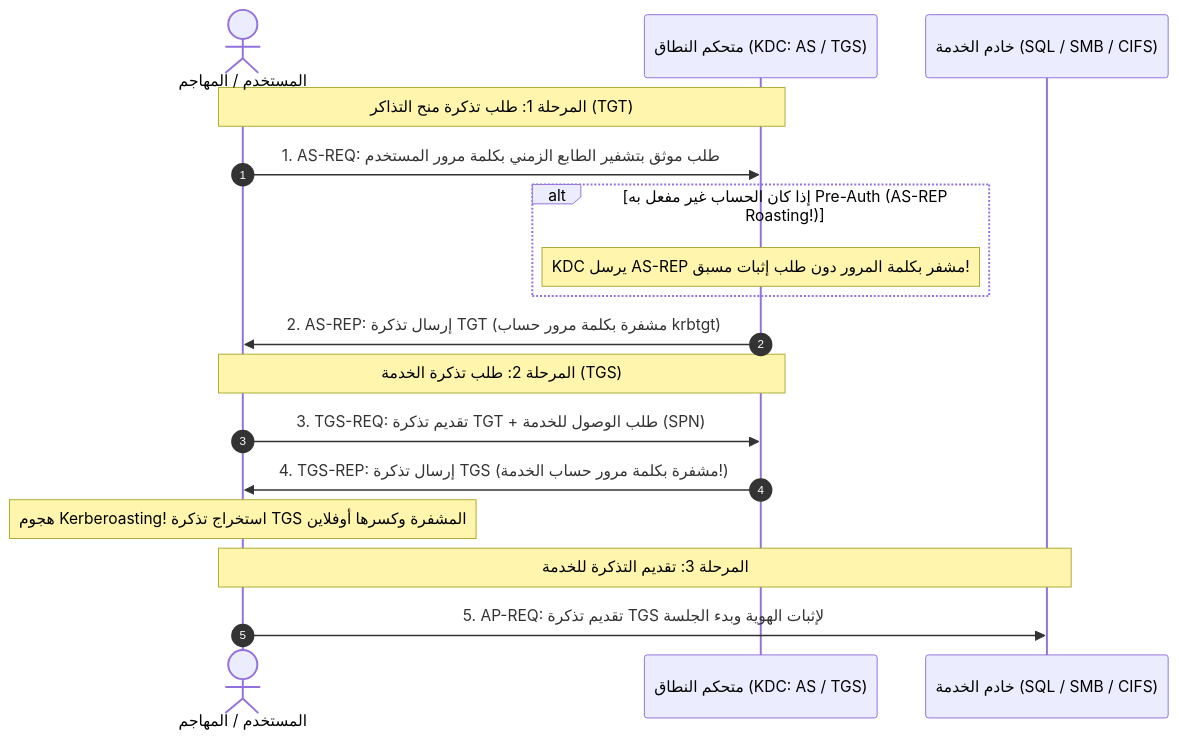
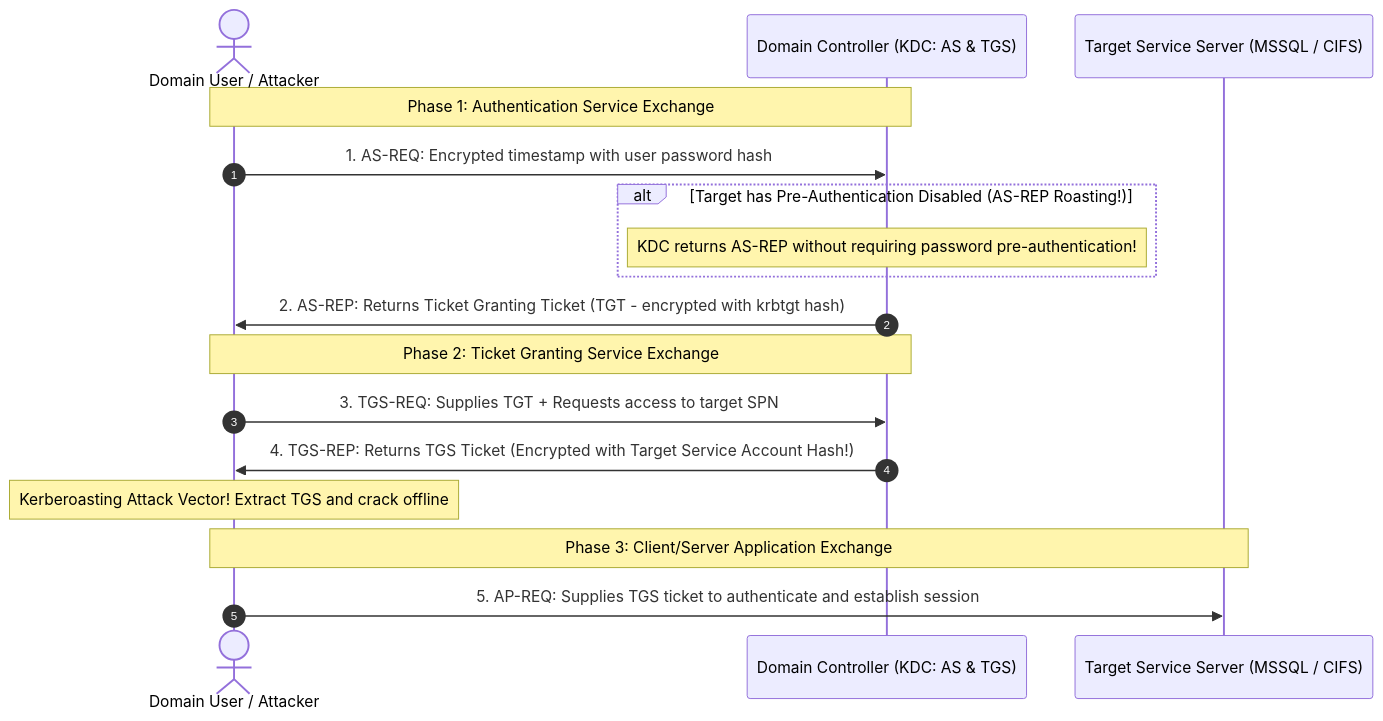
The second of 3 diagrams in _posts/2026-11-12-ecppt-v3-part-4-active-directory-penetration-testing.md (3bdo-fathi/3bdo-fathi.github.io), drawn with Mermaid before and after one commit. The commit also changed other lines of this file and 11 other files, not shown here.

````diff
--- a/_posts/2026-11-12-ecppt-v3-part-4-active-directory-penetration-testing.md
+++ b/_posts/2026-11-12-ecppt-v3-part-4-active-directory-penetration-testing.md
@@ -106,22 +106,22 @@
 ```mermaid
 sequenceDiagram
     autonumber
-    actor User as المستخدم / المهاجم
-    participant KDC as متحكم النطاق (KDC: AS / TGS)
-    participant Service as خادم الخدمة (SQL / SMB / CIFS)
+    actor User as Domain User / Attacker
+    participant KDC as Domain Controller (KDC: AS & TGS)
+    participant Service as Target Service Server (MSSQL / CIFS)
     
-    Note over User,KDC: المرحلة 1: طلب تذكرة منح التذاكر (TGT)
-    User->>KDC: 1. AS-REQ: طلب موثق بتشفير الطابع الزمني بكلمة مرور المستخدم
-    alt إذا كان الحساب غير مفعل به Pre-Auth (AS-REP Roasting!)
-        Note over KDC: KDC يرسل AS-REP مشفر بكلمة المرور دون طلب إثبات مسبق!
+    Note over User,KDC: Phase 1: Authentication Service Exchange
+    User->>KDC: 1. AS-REQ: Encrypted timestamp with user password hash
+    alt Target has Pre-Authentication Disabled (AS-REP Roasting!)
+        Note over KDC: KDC returns AS-REP without requiring password pre-authentication!
     end
-    KDC->>User: 2. AS-REP: إرسال تذكرة TGT (مشفرة بكلمة مرور حساب krbtgt)
+    KDC->>User: 2. AS-REP: Returns Ticket Granting Ticket (TGT - encrypted with krbtgt hash)
     
-    Note over User,KDC: المرحلة 2: طلب تذكرة الخدمة (TGS)
-    User->>KDC: 3. TGS-REQ: تقديم تذكرة TGT + طلب الوصول للخدمة (SPN)
-    KDC->>User: 4. TGS-REP: إرسال تذكرة TGS (مشفرة بكلمة مرور حساب الخدمة!)
-    Note over User: هجوم Kerberoasting! استخراج تذكرة TGS المشفرة وكسرها أوفلاين
+    Note over User,KDC: Phase 2: Ticket Granting Service Exchange
+    User->>KDC: 3. TGS-REQ: Supplies TGT + Requests access to target SPN
+    KDC->>User: 4. TGS-REP: Returns TGS Ticket (Encrypted with Target Service Account Hash!)
+    Note over User: Kerberoasting Attack Vector! Extract TGS and crack offline
     
-    Note over User,Service: المرحلة 3: تقديم التذكرة للخدمة
-    User->>Service: 5. AP-REQ: تقديم تذكرة TGS لإثبات الهوية وبدء الجلسة
+    Note over User,Service: Phase 3: Client/Server Application Exchange
+    User->>Service: 5. AP-REQ: Supplies TGS ticket to authenticate and establish session
 ```
````
